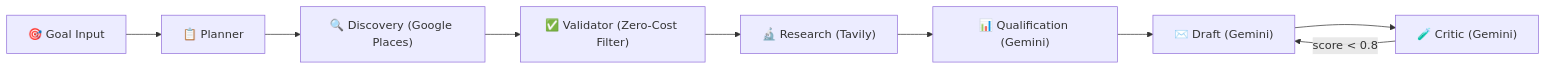
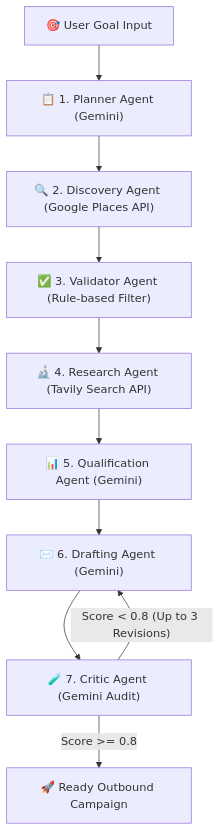
One commit to P-Suraj/growthpilot-mcp changed the diagram in README.md. Above: the diagram before and after it, drawn with Mermaid. The commit also changed other lines of this file, not shown here.

Commit message:
docs: polish README.md with live production URLs, architecture diagram, and judge guidelines

````diff
--- a/README.md
+++ b/README.md
@@ -16,11 +41,12 @@
 ```mermaid
-graph LR
-    A["🎯 Goal Input"] --> B["📋 Planner"]
-    B --> C["🔍 Discovery (Google Places)"]
-    C --> D["✅ Validator (Zero-Cost Filter)"]
-    D --> E["🔬 Research (Tavily)"]
-    E --> F["📊 Qualification (Gemini)"]
-    F --> G["✉️ Draft (Gemini)"]
-    G --> H["🧪 Critic (Gemini)"]
-    H -->|"score < 0.8"| G
+graph TD
+    A["🎯 User Goal Input"] --> B["📋 1. Planner Agent (Gemini)"]
+    B --> C["🔍 2. Discovery Agent (Google Places API)"]
+    C --> D["✅ 3. Validator Agent (Rule-based Filter)"]
+    D --> E["🔬 4. Research Agent (Tavily Search API)"]
+    E --> F["📊 5. Qualification Agent (Gemini)"]
+    F --> G["✉️ 6. Drafting Agent (Gemini)"]
+    G --> H["🧪 7. Critic Agent (Gemini Audit)"]
+    H -->|"Score < 0.8 (Up to 3 Revisions)"| G
+    H -->|"Score >= 0.8"| I["🚀 Ready Outbound Campaign"]
 ```
````
